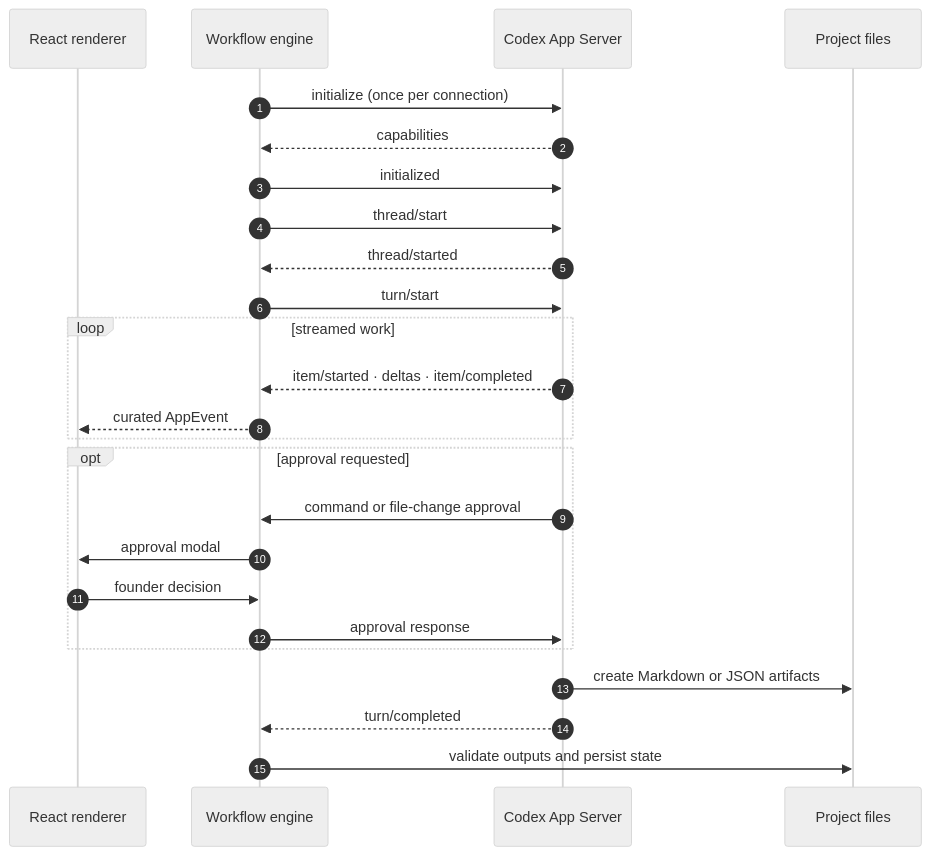
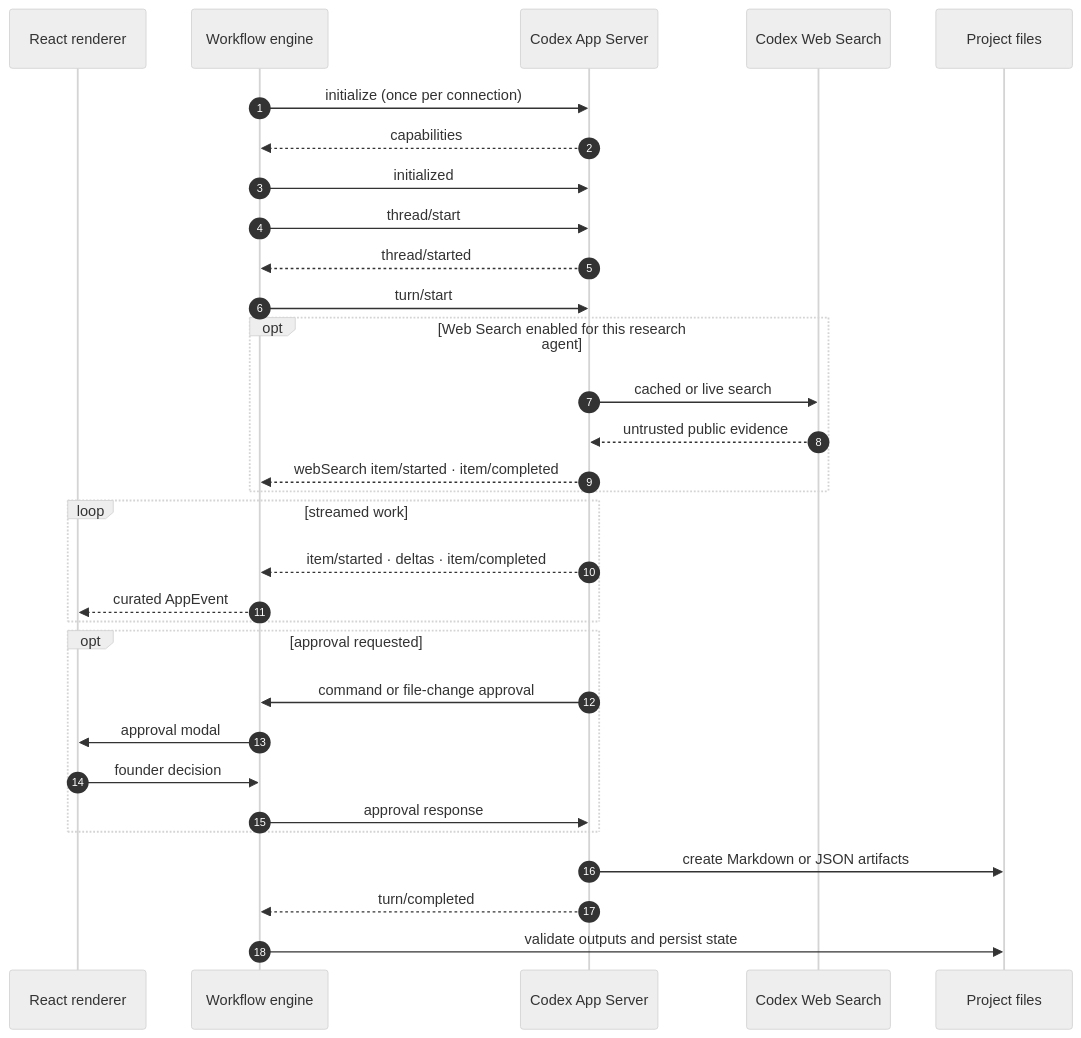
The fourth of 4 diagrams in README.md (phillippbertram/codex-app-server-shark-tank), drawn with Mermaid (neutral theme) before and after one commit. The commit also changed other lines of this file and 16 other files, not shown here.

Commit message:
feat(research): add configurable Web Search per agent

````diff
--- a/README.md
+++ b/README.md
@@ -174,31 +200,38 @@
 ```mermaid
 sequenceDiagram
     autonumber
     participant UI as React renderer
     participant Engine as Workflow engine
     participant Server as Codex App Server
+    participant Web as Codex Web Search
     participant Files as Project files
 
     Engine->>Server: initialize (once per connection)
     Server-->>Engine: capabilities
     Engine->>Server: initialized
     Engine->>Server: thread/start
     Server-->>Engine: thread/started
     Engine->>Server: turn/start
+
+    opt Web Search enabled for this research agent
+        Server->>Web: cached or live search
+        Web-->>Server: untrusted public evidence
+        Server-->>Engine: webSearch item/started · item/completed
+    end
 
     loop streamed work
         Server-->>Engine: item/started · deltas · item/completed
         Engine-->>UI: curated AppEvent
     end
 
     opt approval requested
         Server->>Engine: command or file-change approval
         Engine->>UI: approval modal
         UI->>Engine: founder decision
         Engine->>Server: approval response
     end
 
     Server->>Files: create Markdown or JSON artifacts
     Server-->>Engine: turn/completed
     Engine->>Files: validate outputs and persist state
 ```
````
